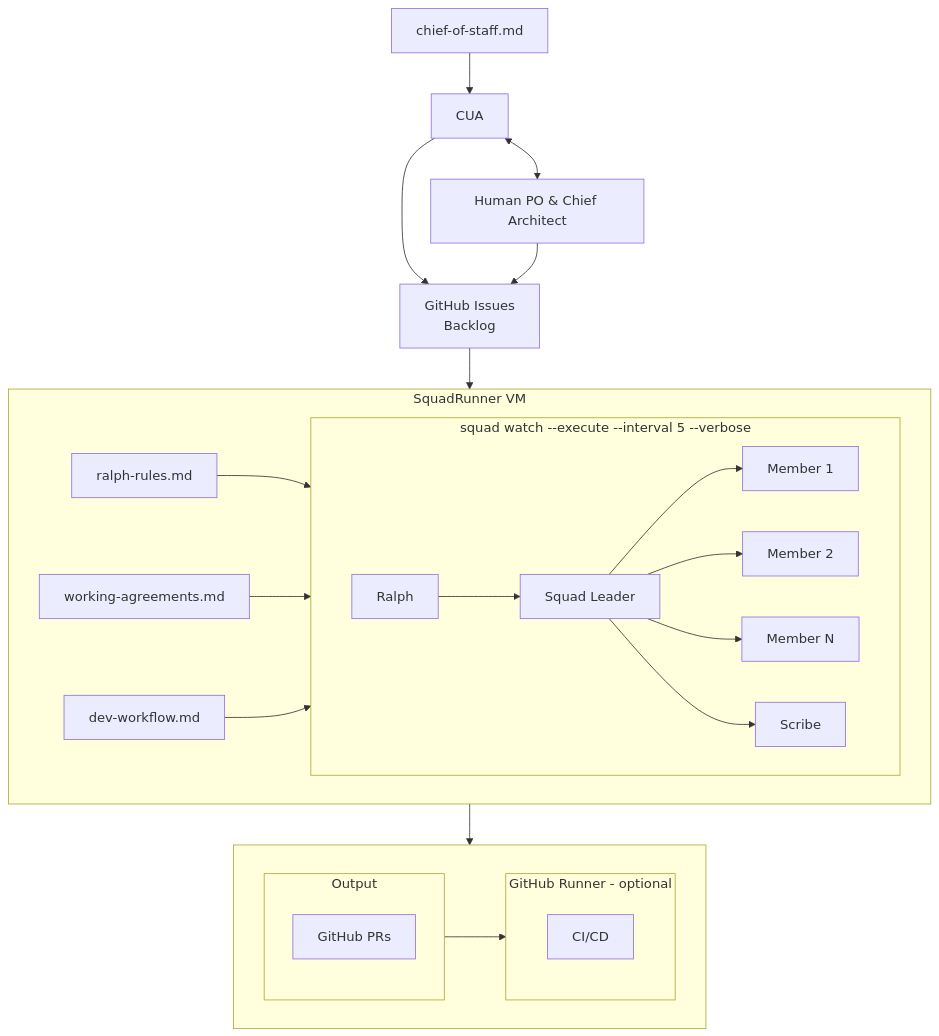
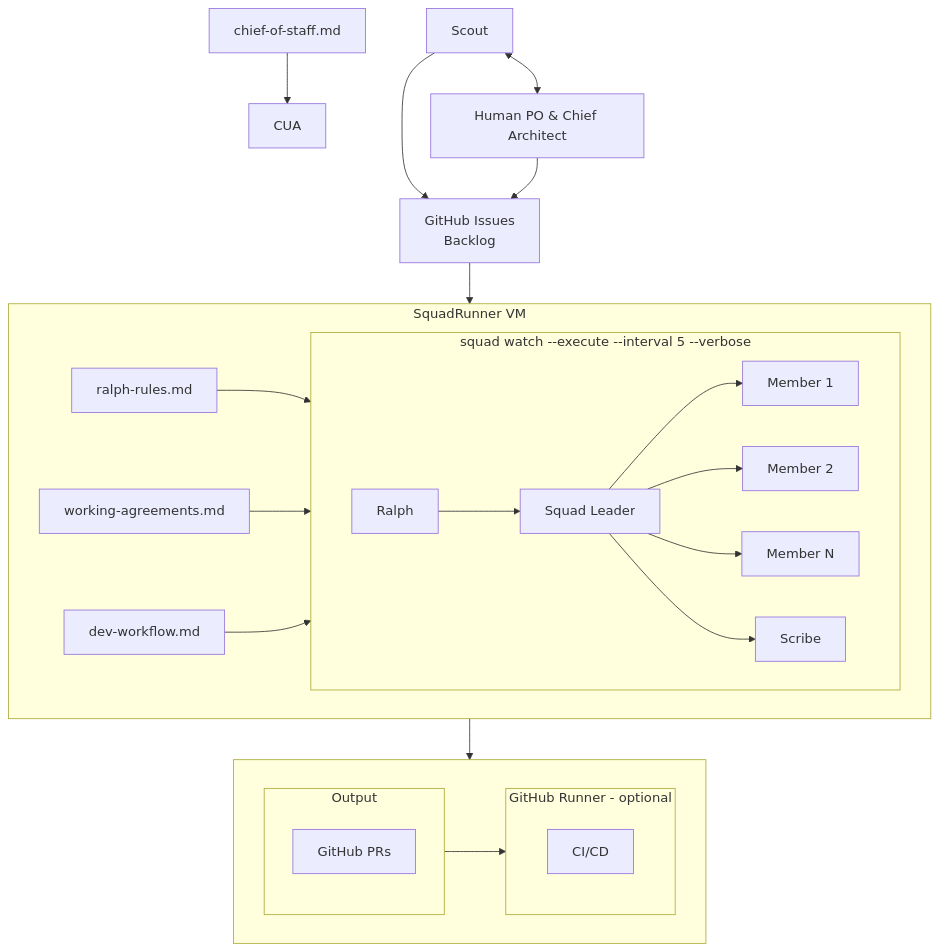
One commit to TheeUnderdog/SquadRunner changed the diagram in README.md. Above: the diagram before and after it, drawn with Mermaid.

````diff
--- a/README.md
+++ b/README.md
@@ -9,34 +9,34 @@
 ```mermaid
 flowchart TD
     COS[chief-of-staff.md] --> CUA
-    CUA --> GH[GitHub Issues<br/>Backlog]
-    CUA <--> H[Human PO & Chief Architect] --> GH[GitHub Issues<br/>Backlog]
+    Scout --> GH[GitHub Issues<br/>Backlog]
+    Scout <--> H[Human PO & Chief Architect] --> GH[GitHub Issues<br/>Backlog]
     GH --> VM
     
     subgraph VM[SquadRunner VM]
         RR[ralph-rules.md] --> SW
         WA[working-agreements.md] --> SW
         DW[dev-workflow.md] --> SW
         subgraph SW[squad watch --execute --interval 5 --verbose]
             direction LR
             R[Ralph] --> SL[Squad Leader]
             SL --> M1[Member 1]
             SL --> M2[Member 2]
             SL --> MN[Member N]
             SL --> SC[Scribe]
         end
     end
     
     VM --> Bottom
     
     subgraph Bottom[ ]
         direction LR
         subgraph Output
             PR[GitHub PRs]
         end
         Output --> Runner
         subgraph Runner[GitHub Runner - optional]
             CI[CI/CD]
         end
     end
 ```
````
